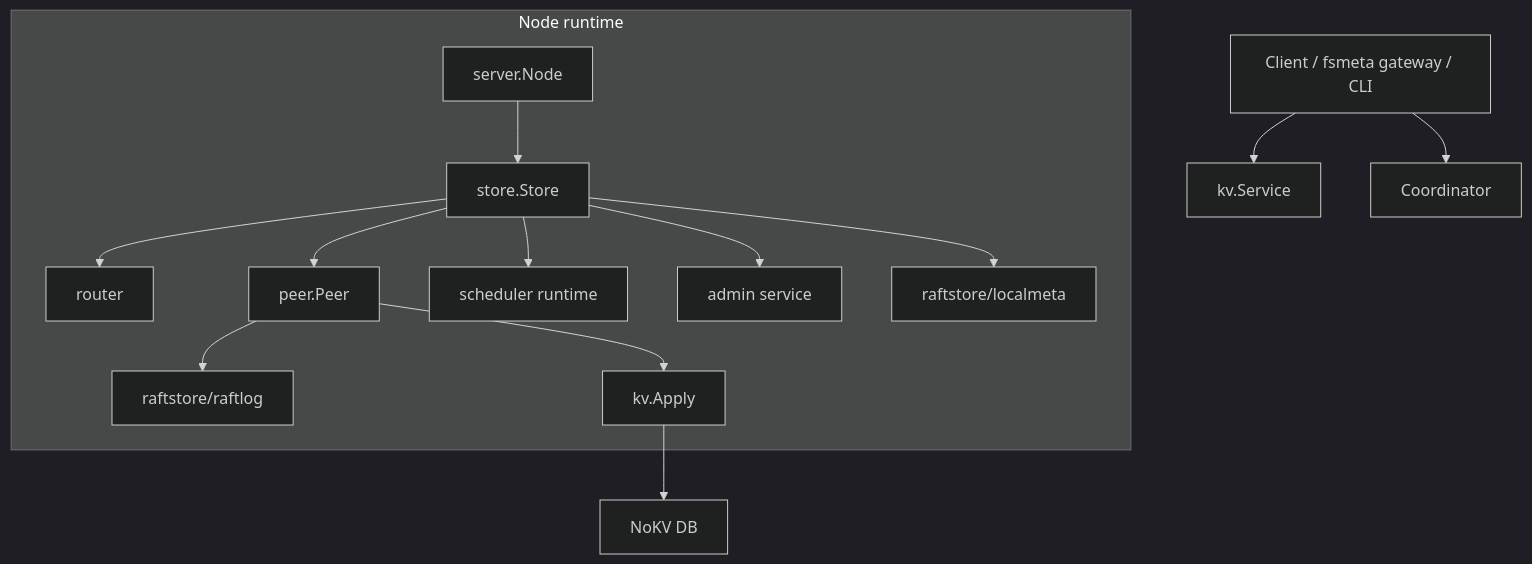
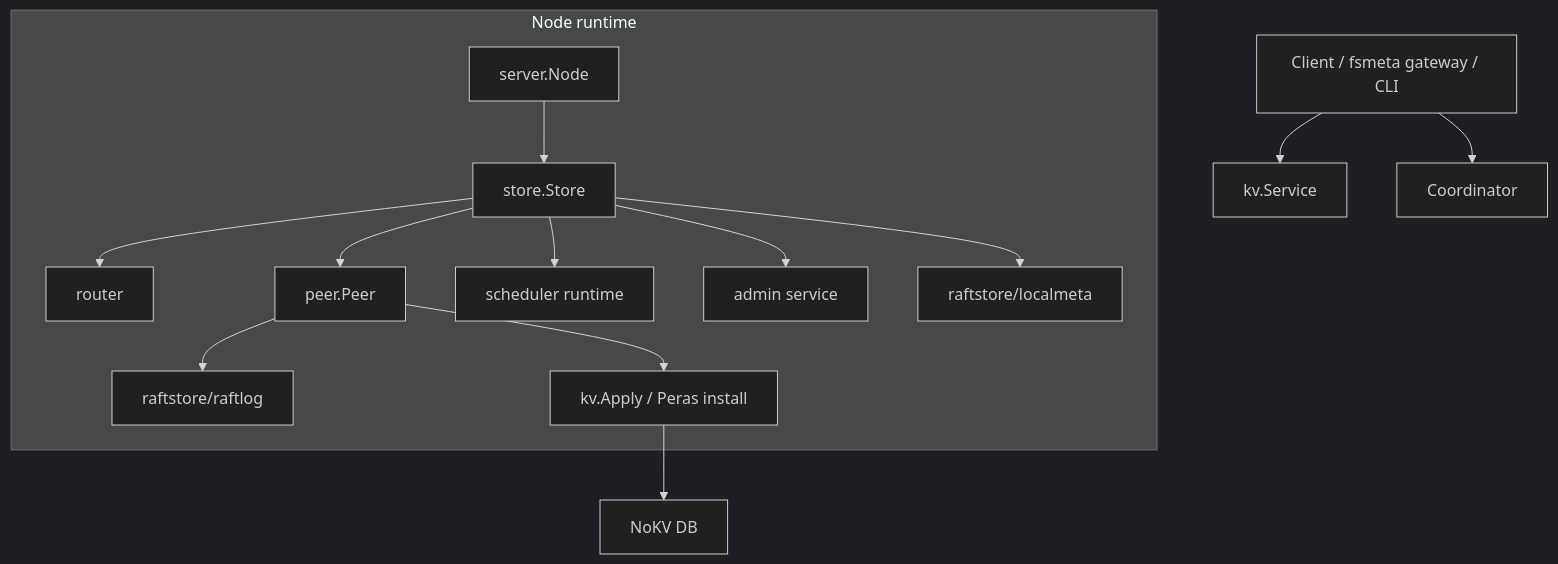
The first of 2 diagrams in docs/raftstore.md (feichai0017/NoKV), drawn with Mermaid (dark theme) before and after one commit. The commit also changed other lines of this file and 10 other files, not shown here.

First line of the commit message:
docs: document Peras architecture boundaries (#280)

````diff
--- a/docs/raftstore.md
+++ b/docs/raftstore.md
@@ -34,19 +34,19 @@
 ```mermaid
 flowchart TD
     Client["Client / fsmeta gateway / CLI"]
     Client --> KV["kv.Service"]
     Client --> Coordinator["Coordinator"]
 
     subgraph "Node runtime"
         Server["server.Node"] --> Store["store.Store"]
         Store --> Router["router"]
         Store --> Peer["peer.Peer"]
         Store --> Scheduler["scheduler runtime"]
         Store --> Admin["admin service"]
         Store --> Meta["raftstore/localmeta"]
         Peer --> Engine["raftstore/raftlog"]
-        Peer --> Apply["kv.Apply"]
+        Peer --> Apply["kv.Apply / Peras install"]
     end
 
     Apply --> DB["NoKV DB"]
 ```
````
